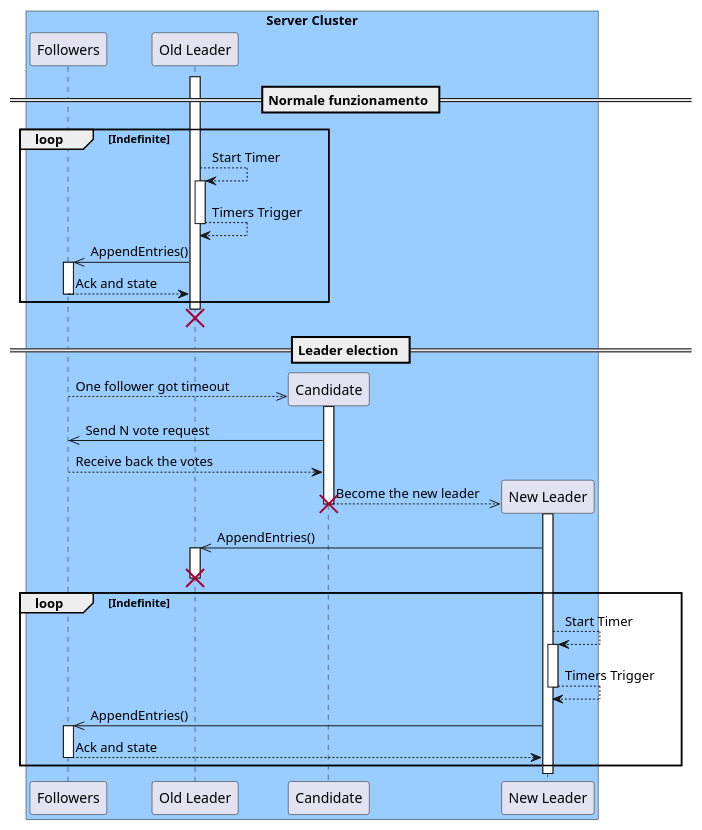
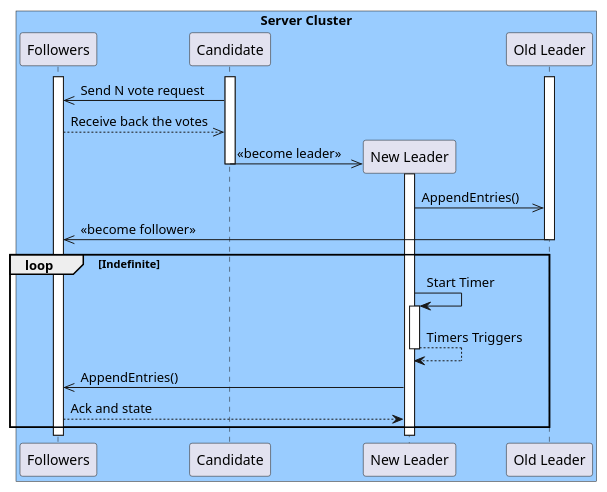
Before and after one commit to thedevstone/akka-raft: the diagram in doc/plantuml/seqDiagrams/LeaderElection.plantuml, drawn with PlantUML. The commit also changed 6 other files, not shown here.

```diff
--- a/doc/plantuml/seqDiagrams/LeaderElection.plantuml
+++ b/doc/plantuml/seqDiagrams/LeaderElection.plantuml
@@ -1,58 +1,29 @@
 @startuml
-    
-
   box "Server Cluster" #99CCFF 
     participant "Followers" as Followers
-    participant "Old Leader" as OldLeader
     participant "Candidate" as Candidate
     participant "New Leader" as Leader
+    participant "Old Leader" as OldLeader
+
   activate OldLeader
-
-  /'note right OldLeader
-    In questo schema, è espressa la
-    leader election di un Follower
-    dopo il crash del vecchio leader,
-    questo è uno schema semplificato,
-    che non tiene conto dei failure 
-    della rete
-  end note'/
-  == Normale funzionamento ==
-  loop Indefinite
-    OldLeader --> OldLeader ++ : Start Timer
-    return Timers Trigger
-    OldLeader ->> Followers : AppendEntries()
-    activate Followers
-    Followers --> OldLeader : Ack and state
-    deactivate Followers
-  end group
-    destroy OldLeader 
-  'note over OldLeader :Il vecchio leader si blocca
-  == Leader election ==
-  Followers -->> Candidate ** : One follower got timeout
+  activate Followers
   activate Candidate
+  
   Candidate ->> Followers : Send N vote request
-  Followers --> Candidate : Receive back the votes
+  Followers -->> Candidate : Receive back the votes
   
-  Candidate -->> Leader ** : Become the new leader
+  Candidate ->> Leader ** : <<become leader>>
   activate Leader
   deactivate Candidate 
-  destroy Candidate
   Leader ->> OldLeader : AppendEntries()
-  activate OldLeader
-  /'note Over OldLeader 
-    Una volta risvegliato,
-    riceve un AppendEntries
-    dal nuovo leader,
-    e torna Follower
-  end note'/
-  destroy OldLeader
+  OldLeader ->> Followers: <<become follower>>
+  deactivate OldLeader
+
   loop Indefinite
-    Leader --> Leader ++ : Start Timer
-    return Timers Trigger
+    Leader -> Leader ++ : Start Timer
+    return Timers Triggers
     Leader ->> Followers : AppendEntries()
-    activate Followers
     Followers --> Leader : Ack and state
-    deactivate Followers
   end group
 end box
 @enduml
```
